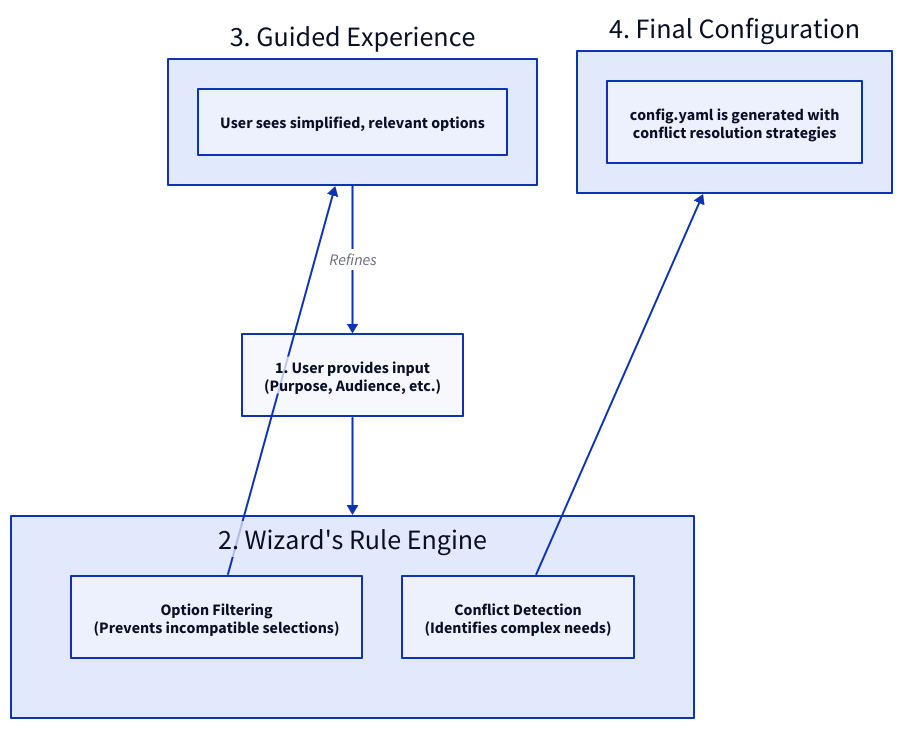
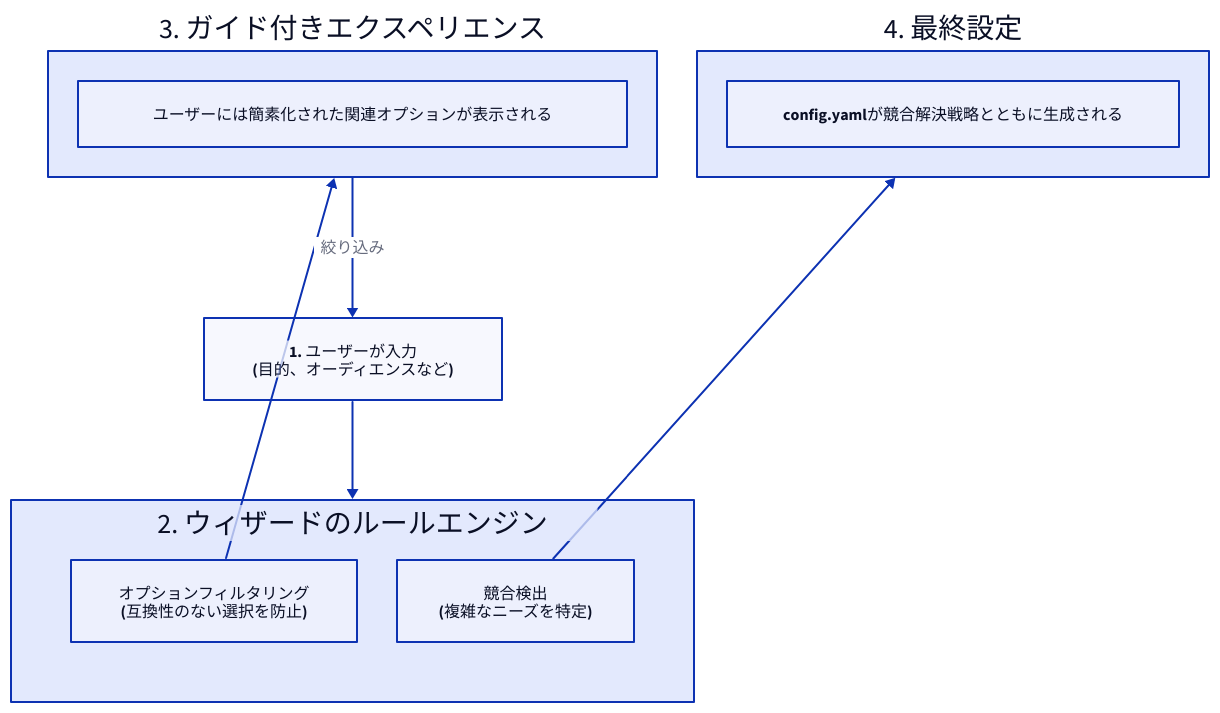
One commit to AIGNE-io/aigne-doc-smith changed the diagram in docs/configuration-interactive-setup.ja.md. Above: the diagram before and after it, drawn with D2. The commit also changed other lines of this file and 84 other files, not shown here.

````diff
--- a/docs/configuration-interactive-setup.ja.md
+++ b/docs/configuration-interactive-setup.ja.md
@@ -32,38 +32,38 @@
 ```d2
 direction: down
 
 User-Selections: {
-  label: "1. User provides input\n(Purpose, Audience, etc.)"
+  label: "1. ユーザーが入力\n(目的、オーディエンスなど)"
   shape: rectangle
 }
 
 Wizard-Engine: {
-  label: "2. Wizard's Rule Engine"
+  label: "2. ウィザードのルールエンジン"
   shape: rectangle
   grid-columns: 2
 
   Filtering: {
-    label: "Option Filtering\n(Prevents incompatible selections)"
+    label: "オプションフィルタリング\n(互換性のない選択を防止)"
   }
 
   Conflict-Detection: {
-    label: "Conflict Detection\n(Identifies complex needs)"
+    label: "競合検出\n(複雑なニーズを特定)"
   }
 }
 
 Guided-Experience: {
-  label: "3. Guided Experience"
+  label: "3. ガイド付きエクスペリエンス"
   shape: rectangle
-  content: "User sees simplified, relevant options"
+  content: "ユーザーには簡素化された関連オプションが表示される"
 }
 
 Final-Config: {
-  label: "4. Final Configuration"
-  content: "config.yaml is generated with\nconflict resolution strategies"
+  label: "4. 最終設定"
+  content: "config.yamlが競合解決戦略とともに生成される"
 }
 
 User-Selections -> Wizard-Engine
 Wizard-Engine.Filtering -> Guided-Experience
 Wizard-Engine.Conflict-Detection -> Final-Config
-Guided-Experience -> User-Selections: "Refines"
+Guided-Experience -> User-Selections: "絞り込み"
 ```
````
